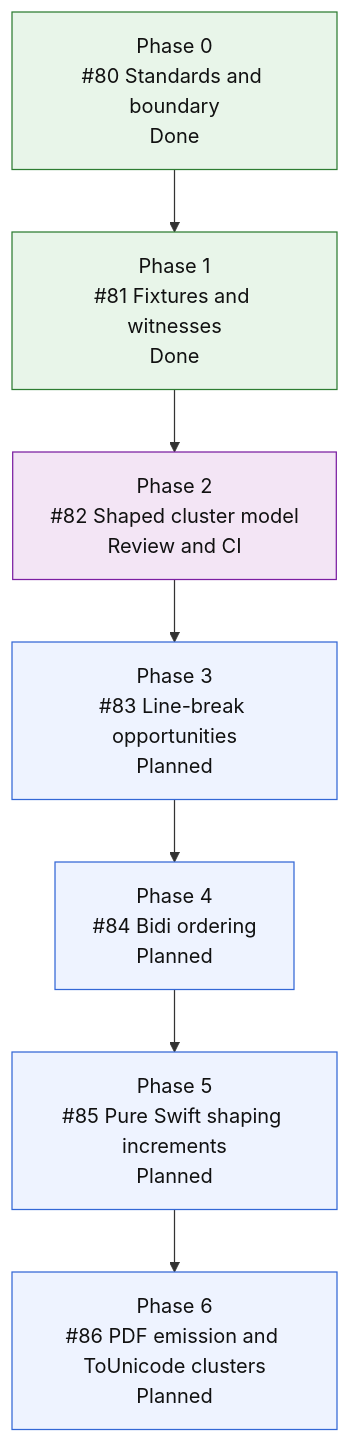
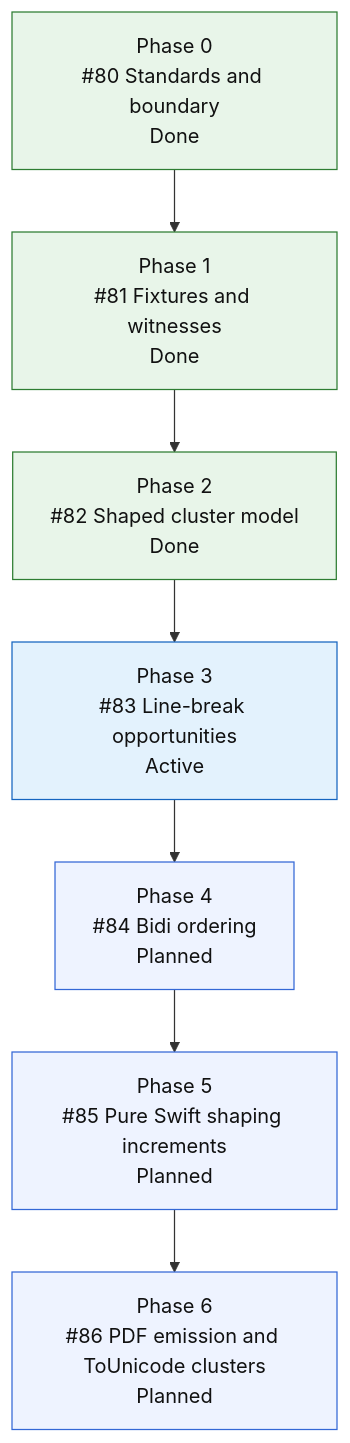
Before and after one commit to mihaelamj/MarkdownPDF: the fourth of 4 diagrams in README.md, drawn with Mermaid. The commit also changed 1 other file, not shown here.

Commit message:
docs(roadmap): start line break issue

````diff
--- a/README.md
+++ b/README.md
@@ -300,21 +300,21 @@
 ```mermaid
 flowchart TD
     S0["Phase 0<br/>#80 Standards and boundary<br/>Done"]
     S1["Phase 1<br/>#81 Fixtures and witnesses<br/>Done"]
-    S2["Phase 2<br/>#82 Shaped cluster model<br/>Review and CI"]
-    S3["Phase 3<br/>#83 Line-break opportunities<br/>Planned"]
+    S2["Phase 2<br/>#82 Shaped cluster model<br/>Done"]
+    S3["Phase 3<br/>#83 Line-break opportunities<br/>Active"]
     S4["Phase 4<br/>#84 Bidi ordering<br/>Planned"]
     S5["Phase 5<br/>#85 Pure Swift shaping increments<br/>Planned"]
     S6["Phase 6<br/>#86 PDF emission and ToUnicode clusters<br/>Planned"]
 
     S0 --> S1 --> S2 --> S3 --> S4 --> S5 --> S6
 
     classDef done fill:#e8f5e9,stroke:#2e7d32,color:#111;
     classDef active fill:#e3f2fd,stroke:#1565c0,color:#111;
     classDef review fill:#f3e5f5,stroke:#7b1fa2,color:#111;
     classDef next fill:#fff8e1,stroke:#f9a825,color:#111;
     classDef todo fill:#eef3ff,stroke:#3367d6,color:#111;
-    class S0,S1 done;
-    class S2 review;
-    class S3,S4,S5,S6 todo;
+    class S0,S1,S2 done;
+    class S3 active;
+    class S4,S5,S6 todo;
 ```
````
